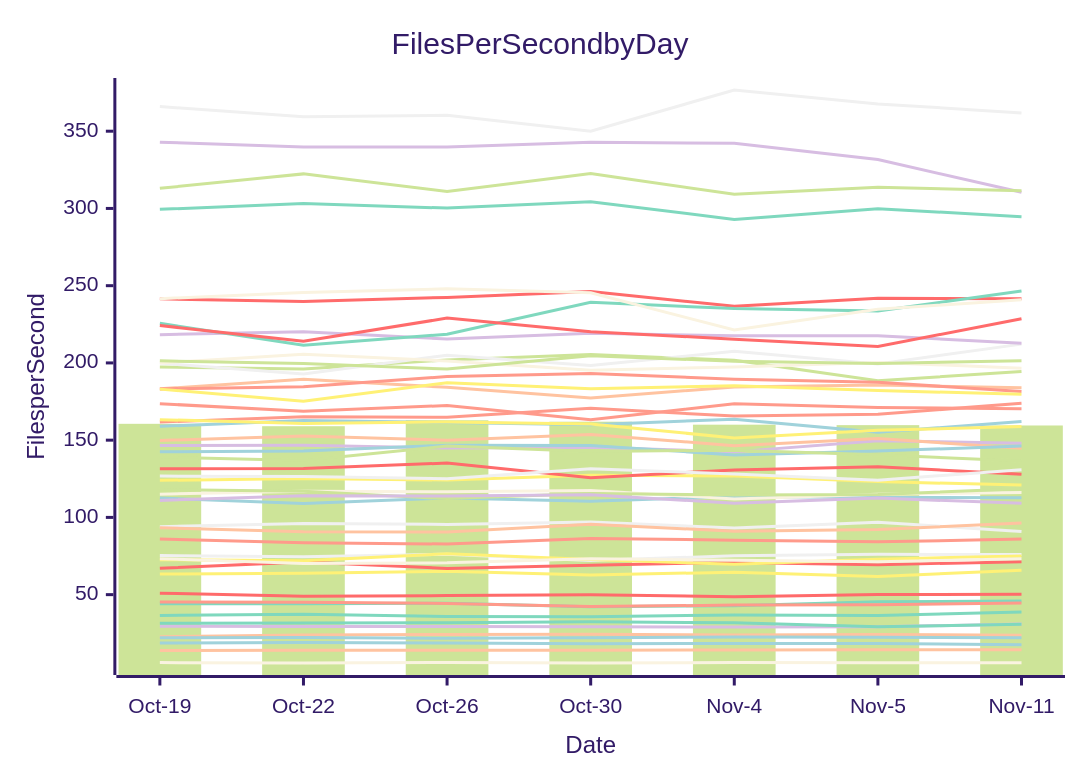
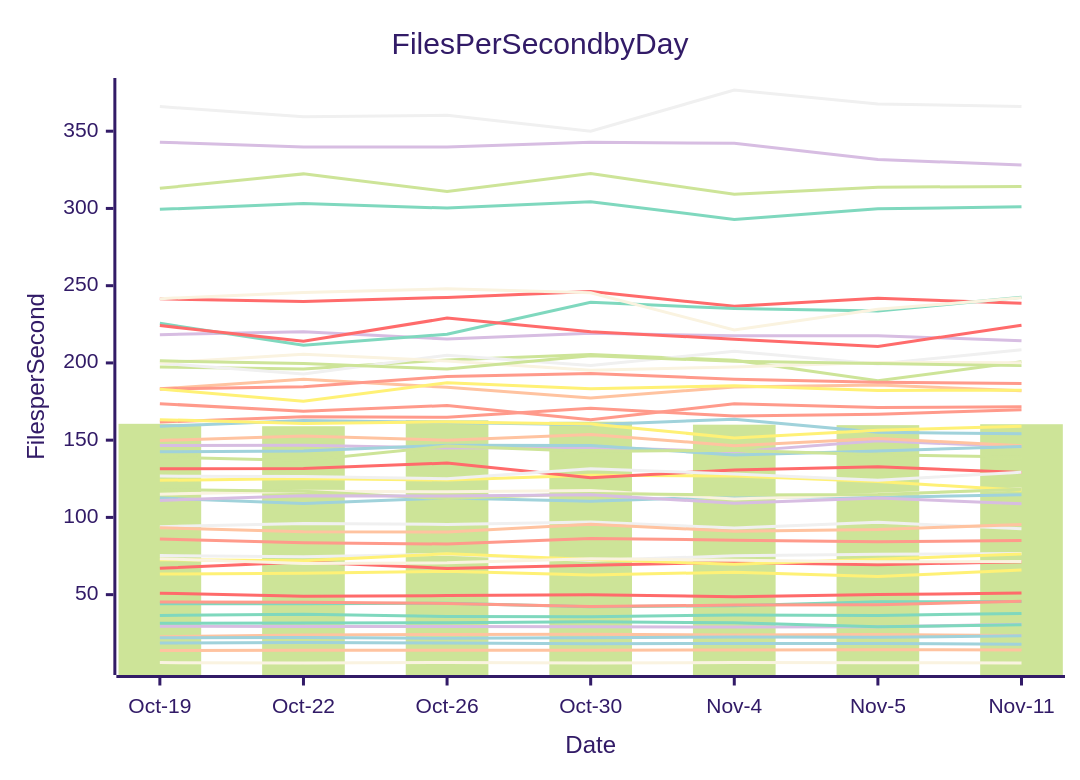
The diagram in perf-report.md (streetsidesoftware/cspell), drawn with Mermaid (forest theme) before and after one commit. The commit also changed other lines of this file and 1 other file, not shown here.

````diff
--- a/perf-report.md
+++ b/perf-report.md
@@ -10,57 +10,57 @@
 ```mermaid
 xychart-beta
     title Files Per Second by Day
     y-axis Files per Second
     x-axis Date [Oct-19, Oct-22, Oct-26, Oct-30, Nov-4, Nov-5, Nov-11]
-    bar [160.58, 159.03, 162.88, 161.94, 160.02, 159.72, 159.50]
-    line [50.97, 49.03, 49.37, 49.99, 48.68, 50.03, 50.31]
-    line [112.56, 109.04, 112.63, 110.40, 113.53, 112.85, 112.79]
-    line [146.50, 146.67, 144.85, 145.45, 142.42, 149.63, 148.07]
-    line [93.97, 96.00, 95.45, 97.05, 93.17, 96.79, 90.90]
-    line [22.78, 23.92, 24.17, 24.43, 23.95, 24.20, 23.69]
-    line [36.49, 37.33, 35.82, 35.71, 36.86, 36.50, 38.78]
-    line [161.71, 165.23, 164.80, 170.61, 165.61, 166.70, 173.91]
-    line [6.02, 5.75, 6.03, 5.80, 6.05, 5.91, 5.95]
-    line [63.29, 63.79, 65.07, 62.75, 64.51, 61.69, 65.83]
-    line [197.32, 196.05, 201.96, 205.39, 201.71, 188.42, 194.49]
+    bar [160.58, 159.03, 162.88, 161.94, 160.02, 159.72, 160.32]
+    line [50.97, 49.03, 49.37, 49.99, 48.68, 50.03, 51.08]
+    line [112.56, 109.04, 112.63, 110.40, 113.53, 112.85, 114.69]
+    line [146.50, 146.67, 144.85, 145.45, 142.42, 149.63, 145.71]
+    line [93.97, 96.00, 95.45, 97.05, 93.17, 96.79, 92.66]
+    line [22.78, 23.92, 24.17, 24.43, 23.95, 24.20, 23.54]
+    line [36.49, 37.33, 35.82, 35.71, 36.86, 36.50, 37.87]
+    line [161.71, 165.23, 164.80, 170.61, 165.61, 166.70, 169.74]
+    line [6.02, 5.75, 6.03, 5.80, 6.05, 5.91, 5.76]
+    line [63.29, 63.79, 65.07, 62.75, 64.51, 61.69, 65.88]
+    line [197.32, 196.05, 201.96, 205.39, 201.71, 188.42, 200.82]
     line [67.05, 71.08, 67.00, 69.09, 70.86, 69.37, 71.36]
-    line [18.69, 19.00, 18.63, 18.25, 18.44, 18.38, 17.61]
-    line [29.58, 29.31, 29.41, 29.14, 29.07, 29.19, 30.95]
-    line [75.28, 74.51, 76.18, 72.03, 75.21, 76.09, 76.02]
-    line [93.37, 90.70, 90.60, 95.53, 91.04, 92.11, 96.41]
-    line [44.15, 44.08, 44.42, 42.24, 42.88, 45.37, 45.81]
-    line [173.59, 168.67, 172.42, 163.25, 173.61, 171.18, 170.34]
-    line [115.01, 116.88, 116.53, 117.43, 111.89, 115.01, 116.13]
-    line [123.99, 125.15, 124.19, 127.28, 126.86, 123.18, 120.90]
-    line [118.00, 116.85, 112.16, 115.50, 114.45, 114.87, 118.59]
-    line [131.49, 131.59, 135.21, 125.70, 130.73, 132.76, 127.91]
-    line [22.11, 22.28, 21.78, 22.12, 22.59, 22.34, 22.08]
-    line [342.86, 339.81, 339.82, 342.79, 342.26, 331.64, 310.44]
-    line [199.89, 192.85, 204.98, 198.27, 207.58, 199.26, 212.17]
-    line [149.81, 152.74, 149.93, 153.73, 146.39, 151.10, 144.71]
-    line [299.41, 303.13, 300.22, 304.34, 292.89, 299.81, 294.70]
-    line [45.18, 45.07, 44.31, 42.25, 43.22, 43.49, 44.55]
-    line [199.93, 205.59, 201.31, 195.27, 197.35, 200.31, 196.62]
-    line [72.64, 71.96, 76.44, 72.80, 69.62, 72.93, 75.09]
-    line [201.34, 199.55, 196.07, 204.60, 201.12, 199.63, 201.35]
-    line [241.48, 239.78, 242.41, 246.20, 236.64, 241.81, 241.52]
-    line [158.95, 162.77, 161.40, 160.02, 163.60, 155.05, 162.14]
-    line [218.31, 220.10, 215.49, 219.14, 217.54, 217.64, 212.72]
-    line [126.74, 126.46, 125.04, 131.49, 128.05, 124.13, 130.86]
-    line [183.26, 189.47, 184.23, 177.36, 184.49, 185.72, 183.87]
-    line [225.66, 211.47, 218.53, 239.32, 235.17, 233.67, 246.58]
-    line [183.18, 184.56, 191.17, 193.23, 189.38, 187.47, 181.43]
-    line [73.27, 70.11, 70.57, 73.22, 72.23, 71.32, 73.24]
-    line [183.04, 175.20, 187.18, 183.23, 185.22, 182.14, 179.75]
-    line [313.03, 322.37, 310.93, 322.55, 309.17, 313.73, 311.51]
-    line [224.21, 213.97, 229.01, 220.21, 215.36, 210.66, 228.58]
-    line [142.44, 143.06, 146.69, 146.59, 140.40, 143.02, 146.15]
-    line [111.02, 113.95, 113.80, 114.69, 109.15, 112.48, 109.14]
-    line [365.93, 359.34, 360.33, 349.95, 376.67, 367.68, 361.82]
-    line [13.81, 14.01, 14.02, 13.97, 14.18, 14.33, 14.39]
-    line [31.44, 31.67, 31.78, 32.41, 31.83, 29.14, 30.84]
-    line [86.03, 83.62, 82.78, 86.40, 85.26, 84.18, 85.96]
-    line [241.58, 245.56, 247.95, 245.41, 221.31, 234.75, 240.86]
-    line [163.29, 160.80, 161.82, 160.48, 151.46, 156.36, 158.85]
-    line [139.08, 136.76, 146.14, 142.74, 143.48, 140.52, 136.52]
+    line [18.69, 19.00, 18.63, 18.25, 18.44, 18.38, 17.85]
+    line [29.58, 29.31, 29.41, 29.14, 29.07, 29.19, 30.80]
+    line [75.28, 74.51, 76.18, 72.03, 75.21, 76.09, 76.57]
+    line [93.37, 90.70, 90.60, 95.53, 91.04, 92.11, 95.48]
+    line [44.15, 44.08, 44.42, 42.24, 42.88, 45.37, 45.49]
+    line [173.59, 168.67, 172.42, 163.25, 173.61, 171.18, 171.62]
+    line [115.01, 116.88, 116.53, 117.43, 111.89, 115.01, 118.31]
+    line [123.99, 125.15, 124.19, 127.28, 126.86, 123.18, 117.60]
+    line [118.00, 116.85, 112.16, 115.50, 114.45, 114.87, 118.24]
+    line [131.49, 131.59, 135.21, 125.70, 130.73, 132.76, 128.99]
+    line [22.11, 22.28, 21.78, 22.12, 22.59, 22.34, 23.39]
+    line [342.86, 339.81, 339.82, 342.79, 342.26, 331.64, 328.15]
+    line [199.89, 192.85, 204.98, 198.27, 207.58, 199.26, 208.46]
+    line [149.81, 152.74, 149.93, 153.73, 146.39, 151.10, 146.43]
+    line [299.41, 303.13, 300.22, 304.34, 292.89, 299.81, 301.04]
+    line [45.18, 45.07, 44.31, 42.25, 43.22, 43.49, 45.75]
+    line [199.93, 205.59, 201.31, 195.27, 197.35, 200.31, 200.19]
+    line [72.64, 71.96, 76.44, 72.80, 69.62, 72.93, 76.27]
+    line [201.34, 199.55, 196.07, 204.60, 201.12, 199.63, 198.25]
+    line [241.48, 239.78, 242.41, 246.20, 236.64, 241.81, 238.61]
+    line [158.95, 162.77, 161.40, 160.02, 163.60, 155.05, 154.17]
+    line [218.31, 220.10, 215.49, 219.14, 217.54, 217.64, 214.32]
+    line [126.74, 126.46, 125.04, 131.49, 128.05, 124.13, 129.15]
+    line [183.26, 189.47, 184.23, 177.36, 184.49, 185.72, 181.99]
+    line [225.66, 211.47, 218.53, 239.32, 235.17, 233.67, 242.47]
+    line [183.18, 184.56, 191.17, 193.23, 189.38, 187.47, 186.68]
+    line [73.27, 70.11, 70.57, 73.22, 72.23, 71.32, 71.40]
+    line [183.04, 175.20, 187.18, 183.23, 185.22, 182.14, 182.38]
+    line [313.03, 322.37, 310.93, 322.55, 309.17, 313.73, 314.26]
+    line [224.21, 213.97, 229.01, 220.21, 215.36, 210.66, 224.43]
+    line [142.44, 143.06, 146.69, 146.59, 140.40, 143.02, 145.86]
+    line [111.02, 113.95, 113.80, 114.69, 109.15, 112.48, 108.89]
+    line [365.93, 359.34, 360.33, 349.95, 376.67, 367.68, 366.01]
+    line [13.81, 14.01, 14.02, 13.97, 14.18, 14.33, 14.23]
+    line [31.44, 31.67, 31.78, 32.41, 31.83, 29.14, 30.51]
+    line [86.03, 83.62, 82.78, 86.40, 85.26, 84.18, 85.03]
+    line [241.58, 245.56, 247.95, 245.41, 221.31, 234.75, 242.11]
+    line [163.29, 160.80, 161.82, 160.48, 151.46, 156.36, 159.02]
+    line [139.08, 136.76, 146.14, 142.74, 143.48, 140.52, 139.10]
 ```
````
